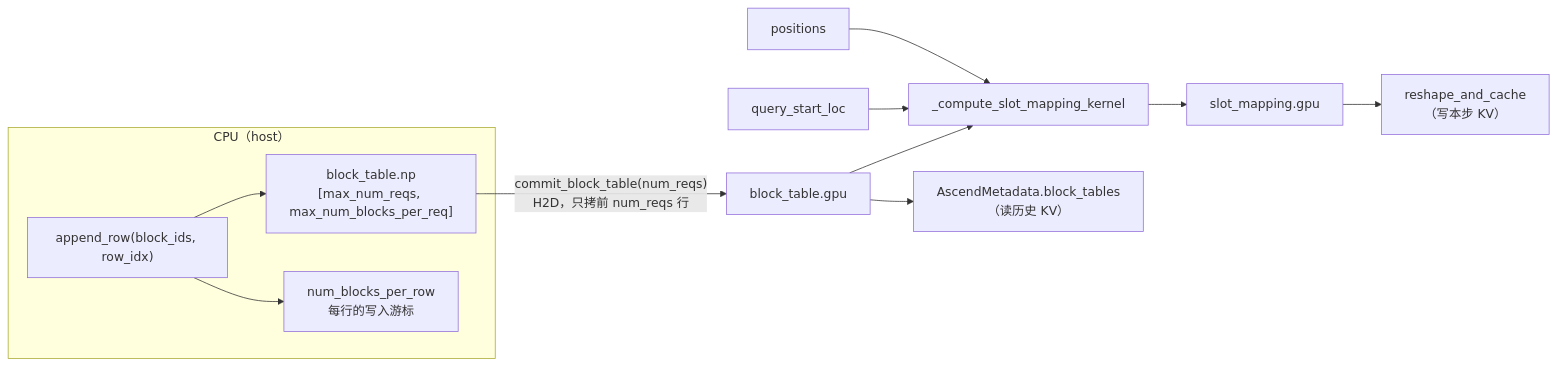
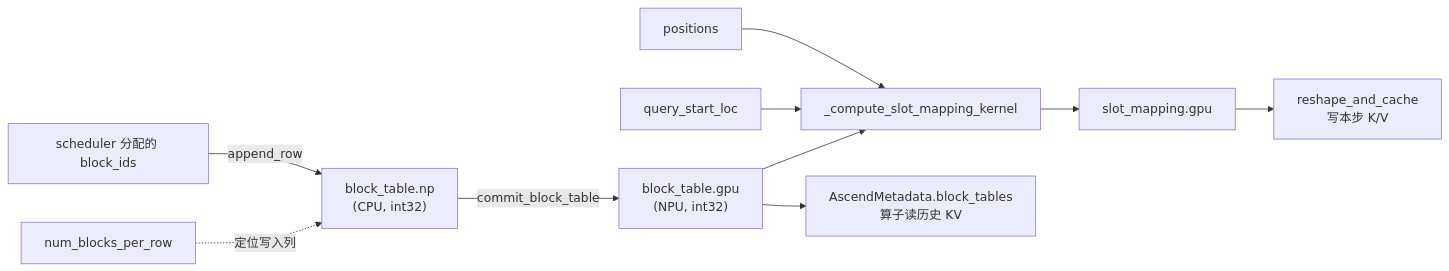
One commit to BailanCaptain/infer-lab changed the diagram in wiki/_drafts/block-table.md. Above: the diagram before and after it, drawn with Mermaid. The commit also changed other lines of this file and 21 other files, not shown here.

````diff
--- a/wiki/_drafts/block-table.md
+++ b/wiki/_drafts/block-table.md
@@ -64,14 +65,12 @@
 ```mermaid
 flowchart LR
-  subgraph host["CPU（host）"]
-    AR["append_row(block_ids, row_idx)"] --> NP["block_table.np<br/>[max_num_reqs, max_num_blocks_per_req]"]
-    AR --> NBR["num_blocks_per_row<br/>每行的写入游标"]
-  end
-  NP -- "commit_block_table(num_reqs)<br/>H2D，只拷前 num_reqs 行" --> GPU["block_table.gpu"]
-  POS["positions"] --> K["_compute_slot_mapping_kernel"]
-  QSL["query_start_loc"] --> K
-  GPU --> K
-  K --> SM["slot_mapping.gpu"]
-  GPU --> META["AscendMetadata.block_tables<br/>（读历史 KV）"]
-  SM --> RC["reshape_and_cache<br/>（写本步 KV）"]
+    sched["scheduler 分配的 block_ids"] -->|append_row| cpu["block_table.np<br/>(CPU, int32)"]
+    cursor["num_blocks_per_row"] -.->|定位写入列| cpu
+    cpu -->|commit_block_table| gpu["block_table.gpu<br/>(NPU, int32)"]
+    pos["positions"] --> kern["_compute_slot_mapping_kernel"]
+    qsl["query_start_loc"] --> kern
+    gpu --> kern
+    kern --> slot["slot_mapping.gpu"]
+    slot --> rac["reshape_and_cache<br/>写本步 K/V"]
+    gpu --> meta["AscendMetadata.block_tables<br/>算子读历史 KV"]
 ```
````
